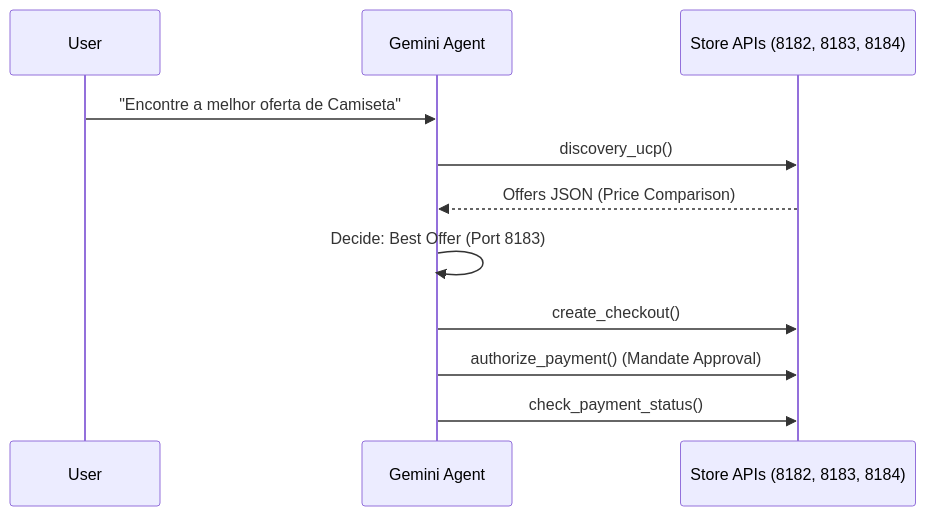
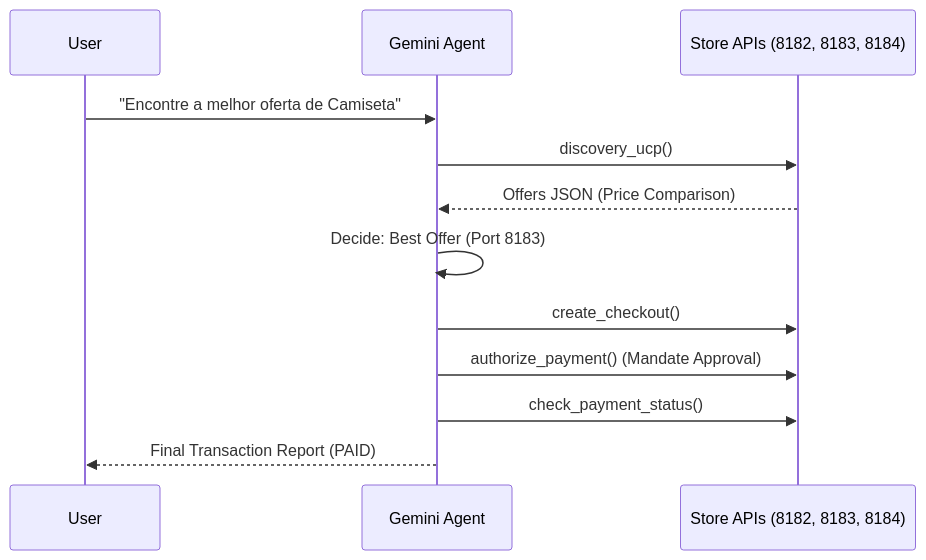
Before and after one commit to mlmpbr/flux-ucp-hub: the diagram in README.md, drawn with Mermaid.

Commit message:
docs: corrigir fechamento do bloco mermaid

````diff
--- a/README.md
+++ b/README.md
@@ -16,14 +16,15 @@
 ```mermaid
 sequenceDiagram
     participant User
     participant FluxHub as Gemini Agent
     participant Merchants as Store APIs (8182, 8183, 8184)
     
     User->>FluxHub: "Encontre a melhor oferta de Camiseta"
     FluxHub->>Merchants: discovery_ucp()
     Merchants-->>FluxHub: Offers JSON (Price Comparison)
     FluxHub->>FluxHub: Decide: Best Offer (Port 8183)
     FluxHub->>Merchants: create_checkout()
     FluxHub->>Merchants: authorize_payment() (Mandate Approval)
     FluxHub->>Merchants: check_payment_status()
+    FluxHub-->>User: Final Transaction Report (PAID)
 ```
````
